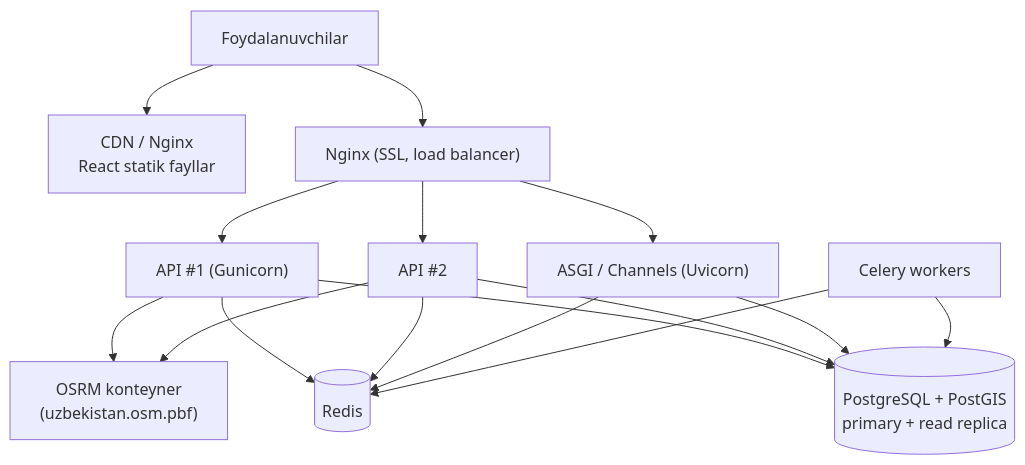
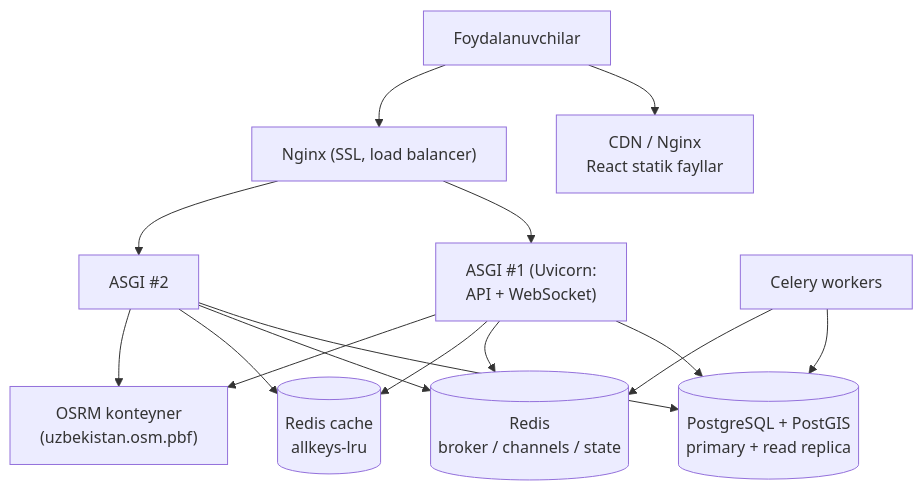
One commit to ParkBor/parkbor changed the sixth of 6 diagrams in docs/ARCHITECTURE.md. Above: the diagram before and after it, drawn with Mermaid. The commit also changed other lines of this file and 39 other files, not shown here.

````diff
--- a/docs/ARCHITECTURE.md
+++ b/docs/ARCHITECTURE.md
@@ -1492,11 +1551,11 @@
 ```mermaid
 flowchart TB
     U["Foydalanuvchilar"] --> CDN["CDN / Nginx<br/>React statik fayllar"]
     U --> LB["Nginx (SSL, load balancer)"]
-    LB --> A1["API #1 (Gunicorn)"] & A2["API #2"]
-    LB --> W1["ASGI / Channels (Uvicorn)"]
-    A1 & A2 & W1 --> PG[("PostgreSQL + PostGIS<br/>primary + read replica")]
-    A1 & A2 & W1 --> RD[("Redis")]
+    LB --> A1["ASGI #1 (Uvicorn:<br/>API + WebSocket)"] & A2["ASGI #2"]
+    A1 & A2 --> PG[("PostgreSQL + PostGIS<br/>primary + read replica")]
+    A1 & A2 --> RD[("Redis<br/>broker / channels / state")]
+    A1 & A2 --> RC[("Redis cache<br/>allkeys-lru")]
     CW["Celery workers"] --> PG & RD
     A1 & A2 --> OSRM["OSRM konteyner<br/>(uzbekistan.osm.pbf)"]
 ```
````
